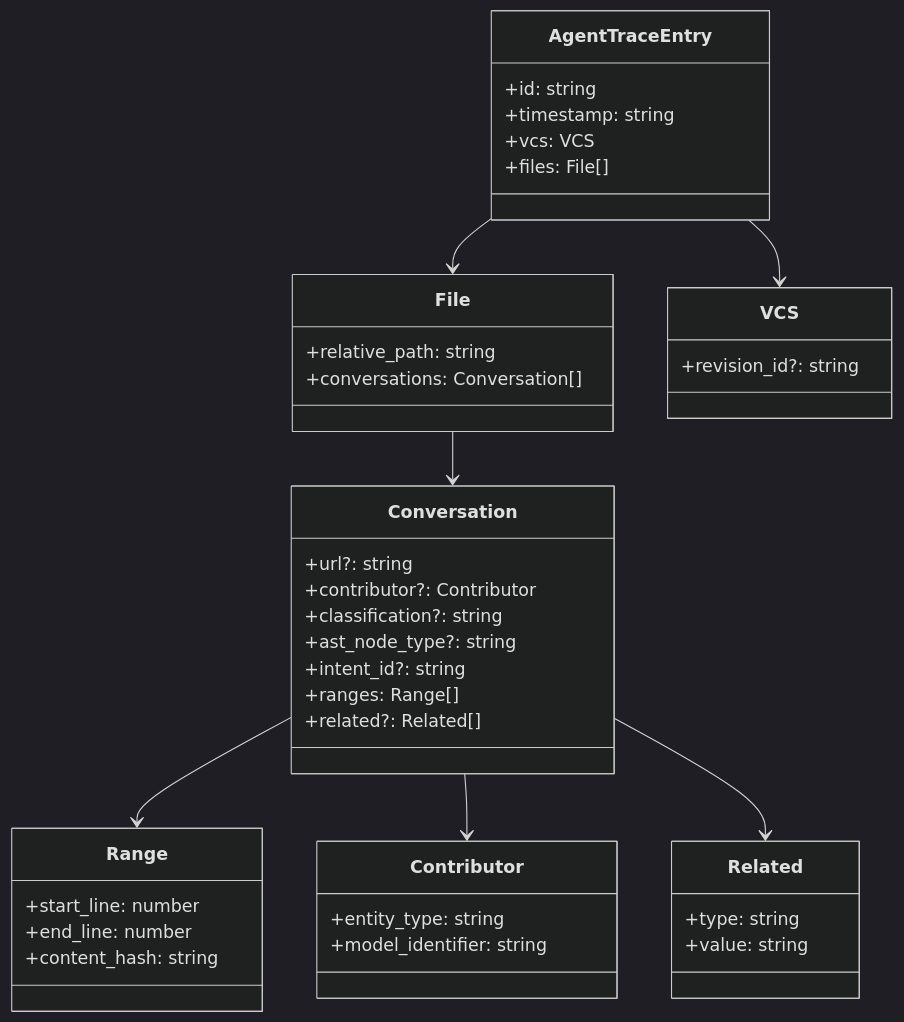
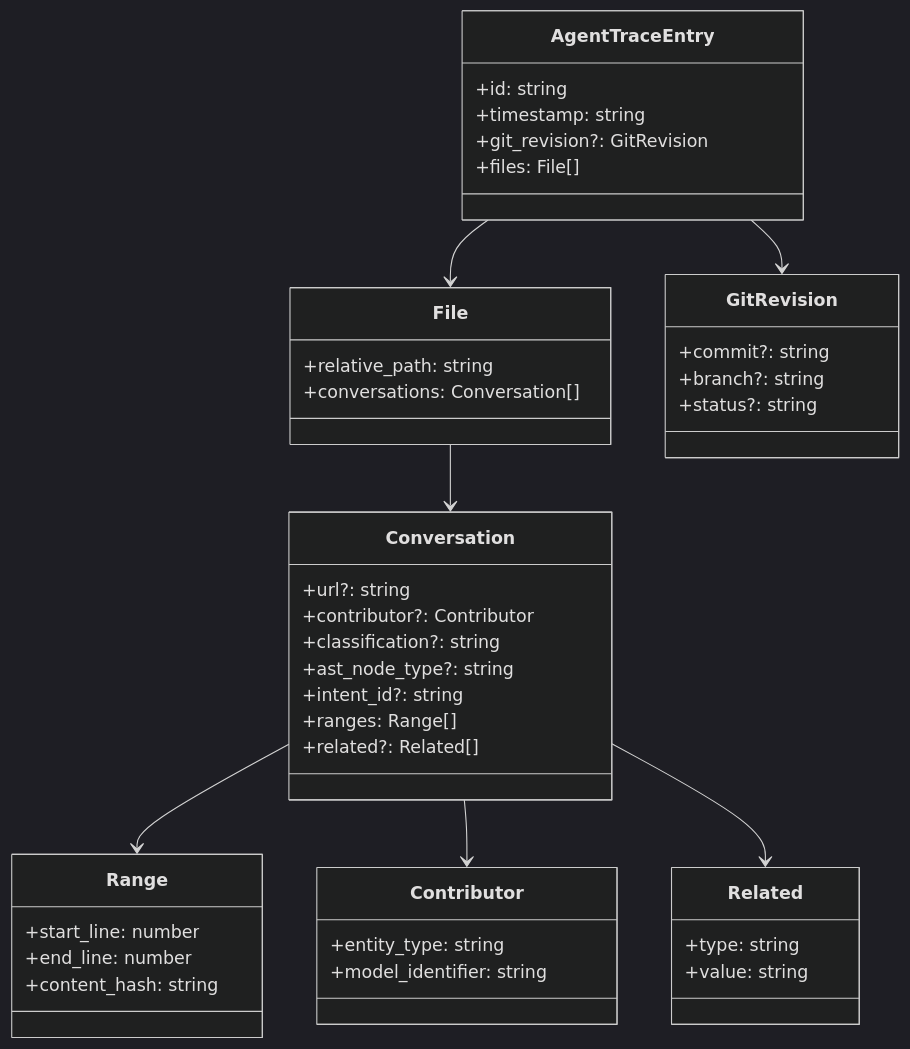
One commit to RooCodeInc/Roo-Code changed the diagram in diagrams/ledger-schema.mmd. Above: the diagram before and after it, drawn with Mermaid (dark theme). The commit also changed 4 other files, not shown here.

Commit message:
docs(diagrams): align sequence + ledger to deterministic flow; hooks(posthook): add git_revision; types: extend AgentTrace (#15)

```diff
--- a/diagrams/ledger-schema.mmd
+++ b/diagrams/ledger-schema.mmd
@@ -1,45 +1,47 @@
 %% Mermaid Class Diagram: agent_trace.jsonl schema
 classDiagram
   class AgentTraceEntry {
     +id: string
     +timestamp: string
-    +vcs: VCS
+    +git_revision?: GitRevision
     +files: File[]
   }
   
   class File {
     +relative_path: string
     +conversations: Conversation[]
   }
   class Conversation {
     +url?: string
     +contributor?: Contributor
     +classification?: string
     +ast_node_type?: string
     +intent_id?: string
     +ranges: Range[]
     +related?: Related[]
   }
   class Range {
     +start_line: number
     +end_line: number
     +content_hash: string
   }
   class Contributor {
     +entity_type: string
     +model_identifier: string
   }
   class Related {
     +type: string
     +value: string
   }
-  class VCS {
-    +revision_id?: string
+  class GitRevision {
+    +commit?: string
+    +branch?: string
+    +status?: string
   }
 
   AgentTraceEntry --> File
   File --> Conversation
   Conversation --> Range
   Conversation --> Contributor
   Conversation --> Related
-  AgentTraceEntry --> VCS
+  AgentTraceEntry --> GitRevision
```
